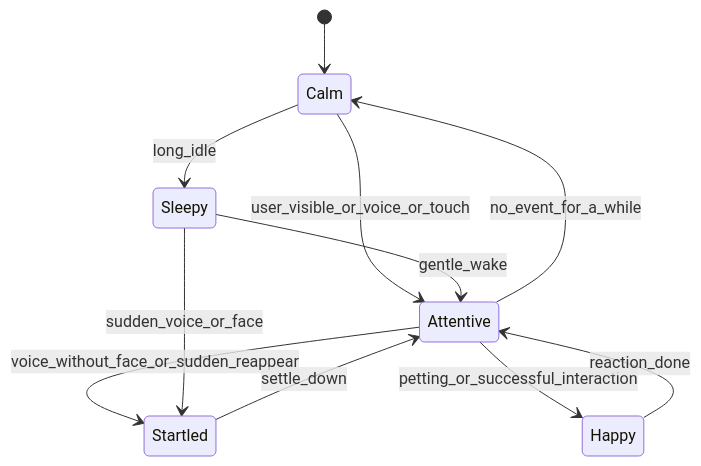
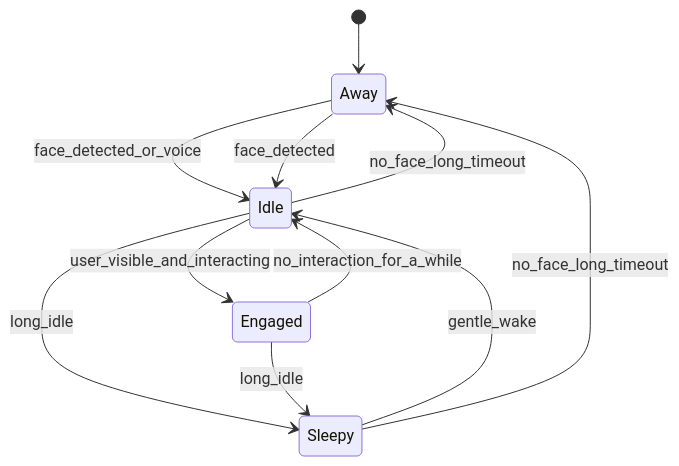
One commit to soyangBaek/RIO changed the second of 3 diagrams in docs/state-machine.md. Above: the diagram before and after it, drawn with Mermaid. The commit also changed other lines of this file and 4 other files, not shown here.

````diff
--- a/docs/state-machine.md
+++ b/docs/state-machine.md
@@ -81,13 +54,13 @@
 ```mermaid
 stateDiagram-v2
-    [*] --> Calm
-    Calm --> Attentive : user_visible_or_voice_or_touch
-    Calm --> Sleepy : long_idle
-    Attentive --> Startled : voice_without_face_or_sudden_reappear
-    Attentive --> Happy : petting_or_successful_interaction
-    Attentive --> Calm : no_event_for_a_while
-    Sleepy --> Startled : sudden_voice_or_face
-    Sleepy --> Attentive : gentle_wake
-    Startled --> Attentive : settle_down
-    Happy --> Attentive : reaction_done
+    [*] --> Away
+    Away --> Idle : face_detected_or_voice
+    Idle --> Engaged : user_visible_and_interacting
+    Engaged --> Idle : no_interaction_for_a_while
+    Idle --> Away : no_face_long_timeout
+    Idle --> Sleepy : long_idle
+    Engaged --> Sleepy : long_idle
+    Sleepy --> Idle : gentle_wake
+    Sleepy --> Away : no_face_long_timeout
+    Away --> Idle : face_detected
 ```
````
